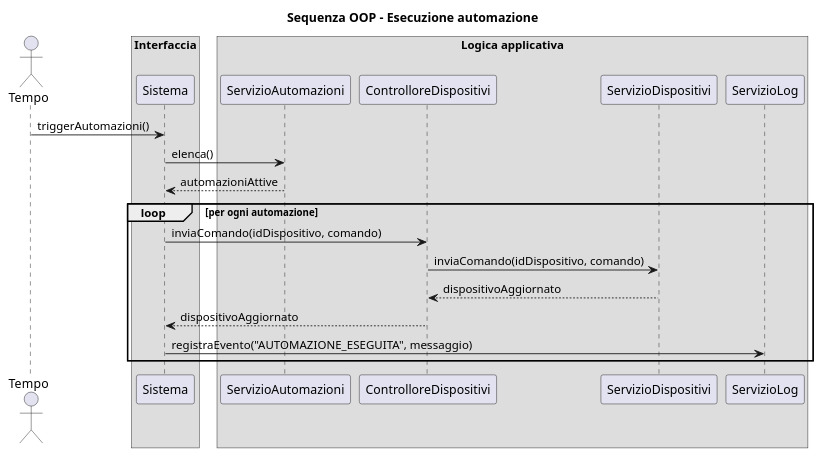
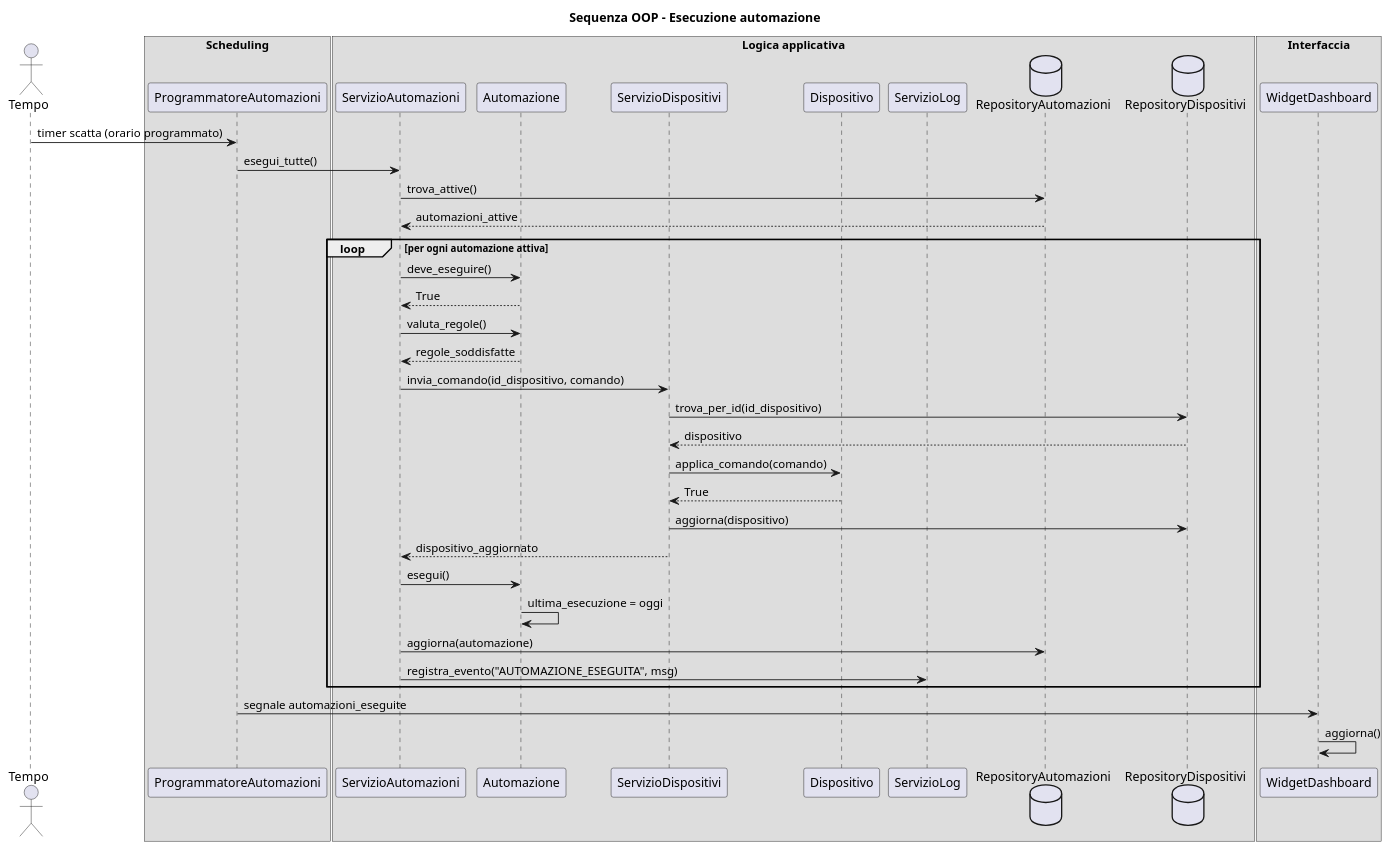
Before and after one commit to LapoCremonesi/ingegneria_del_software: the diagram in diagramma_sequenza/diagramma_sequenza_esecuzione_automazione.puml, drawn with PlantUML. The commit also changed 69 other files, not shown here.

```diff
--- a/diagramma_sequenza/diagramma_sequenza_esecuzione_automazione.puml
+++ b/diagramma_sequenza/diagramma_sequenza_esecuzione_automazione.puml
@@ -1,28 +1,52 @@
 @startuml
 title Sequenza OOP - Esecuzione automazione
 
 actor Tempo
 
-box "Interfaccia"
-participant "Sistema" as Sistema
+box "Scheduling"
+participant "ProgrammatoreAutomazioni" as Programmatore
 end box
 
 box "Logica applicativa"
 participant "ServizioAutomazioni" as ServizioAutomazioni
-participant "ControlloreDispositivi" as ControlloreDispositivi
+participant "Automazione" as Automazione
 participant "ServizioDispositivi" as ServizioDispositivi
+participant "Dispositivo" as Dispositivo
 participant "ServizioLog" as ServizioLog
+database "RepositoryAutomazioni" as RepositoryAuto
+database "RepositoryDispositivi" as RepositoryDisp
 end box
 
-Tempo -> Sistema : triggerAutomazioni()
-Sistema -> ServizioAutomazioni : elenca()
-ServizioAutomazioni --> Sistema : automazioniAttive
+box "Interfaccia"
+participant "WidgetDashboard" as WidgetDashboard
+end box
 
-loop per ogni automazione
-  Sistema -> ControlloreDispositivi : inviaComando(idDispositivo, comando)
-  ControlloreDispositivi -> ServizioDispositivi : inviaComando(idDispositivo, comando)
-  ServizioDispositivi --> ControlloreDispositivi : dispositivoAggiornato
-  ControlloreDispositivi --> Sistema : dispositivoAggiornato
-  Sistema -> ServizioLog : registraEvento("AUTOMAZIONE_ESEGUITA", messaggio)
+Tempo -> Programmatore : timer scatta (orario programmato)
+Programmatore -> ServizioAutomazioni : esegui_tutte()
+ServizioAutomazioni -> RepositoryAuto : trova_attive()
+RepositoryAuto --> ServizioAutomazioni : automazioni_attive
+
+loop per ogni automazione attiva
+  ServizioAutomazioni -> Automazione : deve_eseguire()
+  Automazione --> ServizioAutomazioni : True
+
+  ServizioAutomazioni -> Automazione : valuta_regole()
+  Automazione --> ServizioAutomazioni : regole_soddisfatte
+
+  ServizioAutomazioni -> ServizioDispositivi : invia_comando(id_dispositivo, comando)
+  ServizioDispositivi -> RepositoryDisp : trova_per_id(id_dispositivo)
+  RepositoryDisp --> ServizioDispositivi : dispositivo
+  ServizioDispositivi -> Dispositivo : applica_comando(comando)
+  Dispositivo --> ServizioDispositivi : True
+  ServizioDispositivi -> RepositoryDisp : aggiorna(dispositivo)
+  ServizioDispositivi --> ServizioAutomazioni : dispositivo_aggiornato
+
+  ServizioAutomazioni -> Automazione : esegui()
+  Automazione -> Automazione : ultima_esecuzione = oggi
+  ServizioAutomazioni -> RepositoryAuto : aggiorna(automazione)
+  ServizioAutomazioni -> ServizioLog : registra_evento("AUTOMAZIONE_ESEGUITA", msg)
 end
+
+Programmatore -> WidgetDashboard : segnale automazioni_eseguite
+WidgetDashboard -> WidgetDashboard : aggiorna()
 @enduml
```
